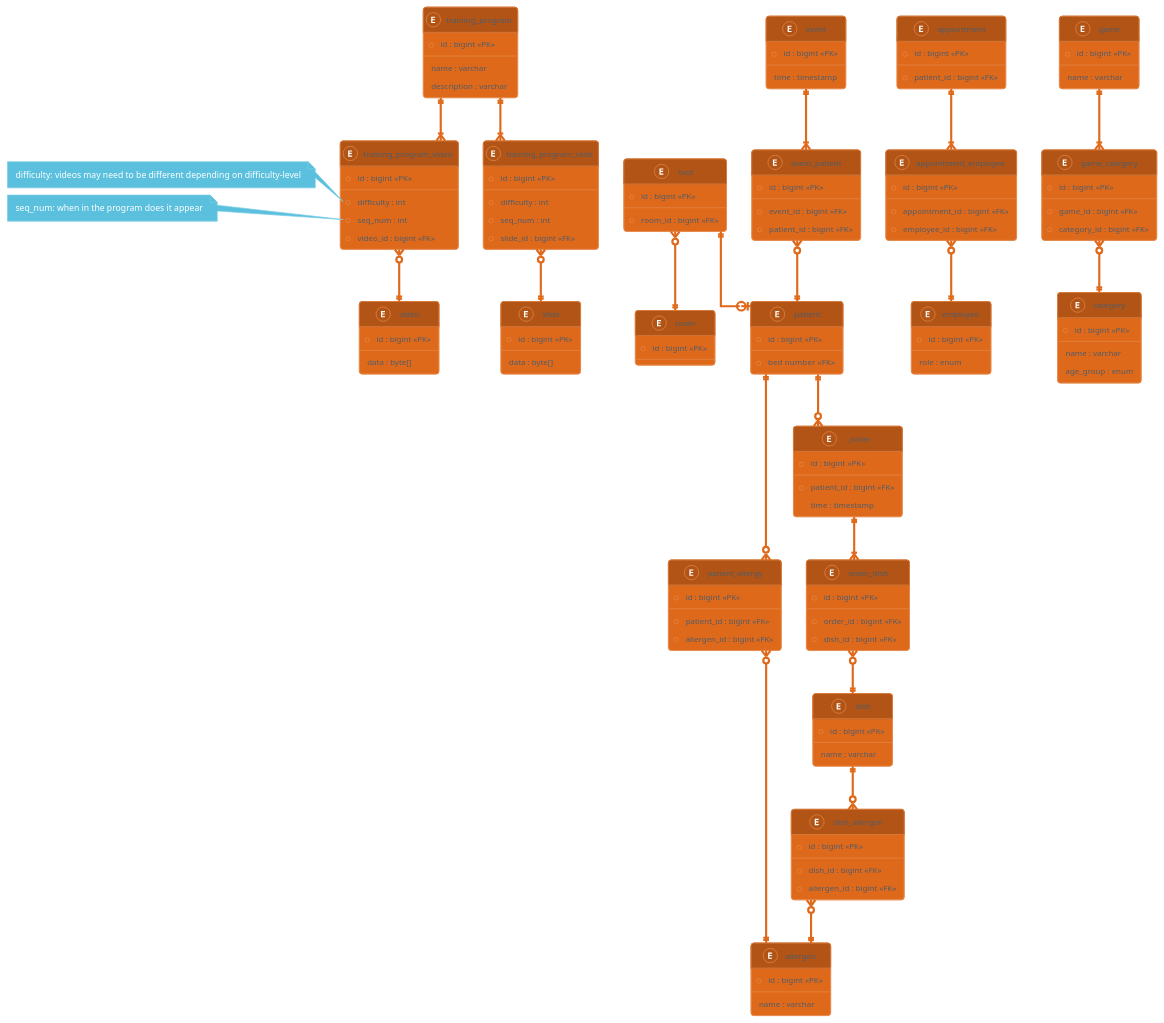
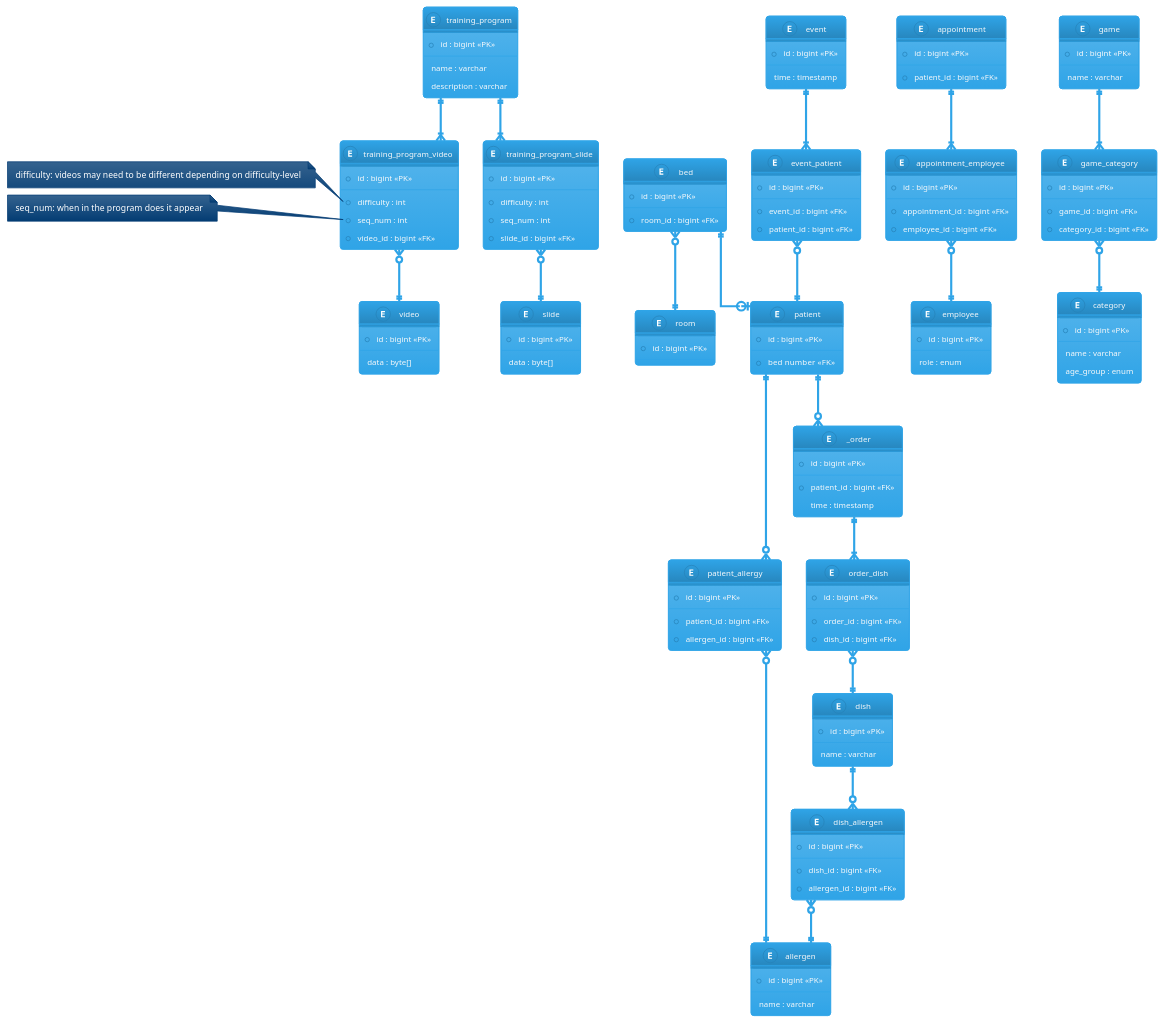
Before and after one commit to Oskar123456/SYSDAT-F25-TEAM-G: the diagram in puml/EER.puml, drawn with PlantUML. The commit also changed 3 other files, not shown here.

```diff
--- a/puml/EER.puml
+++ b/puml/EER.puml
@@ -15,194 +15,194 @@
 @startuml
-!theme superhero
+!theme cerulean
 skinparam linetype ortho
 
 entity patient {
     * id : bigint <<PK>>
     --
     * bed number  <<FK>>
 }
 
 entity patient_allergy {
     * id : bigint <<PK>>
     --
     * patient_id : bigint <<FK>>
     * allergen_id : bigint <<FK>>
 }
 
 entity appointment {
     * id : bigint <<PK>>
     --
     * patient_id : bigint <<FK>>
 }
 
 entity appointment_employee {
     * id : bigint <<PK>>
     --
     * appointment_id : bigint <<FK>>
     * employee_id : bigint <<FK>>
 }
 
 entity room {
     * id : bigint <<PK>>
     --
 }
 entity bed {
     * id : bigint <<PK>>
     --
     * room_id : bigint <<FK>>
 }
 entity employee {
     * id : bigint <<PK>>
     --
     role : enum
 }
 
 entity event {
     * id : bigint <<PK>>
     --
     time : timestamp
 }
 
 entity game {
     * id : bigint <<PK>>
     --
     name : varchar
 }
 
 entity _order {
     * id : bigint <<PK>>
     --
     * patient_id : bigint <<FK>>
     time : timestamp
 }
 
 entity order_dish {
     * id : bigint <<PK>>
     --
     * order_id : bigint <<FK>>
     * dish_id : bigint <<FK>>
 }
 
 entity dish {
     * id : bigint <<PK>>
     --
     name : varchar
 }
 
 entity dish_allergen {
     * id : bigint <<PK>>
     --
     * dish_id : bigint <<FK>>
     * allergen_id : bigint <<FK>>
 }
 
 entity allergen {
     * id : bigint <<PK>>
     --
     name : varchar
 }
 
 entity game_category {
     * id : bigint <<PK>>
     --
     * game_id : bigint <<FK>>
     * category_id : bigint <<FK>>
 }
 
 entity category {
     * id : bigint <<PK>>
     --
     name : varchar
     age_group : enum
 }
 
 entity event_patient {
     * id : bigint <<PK>>
     --
     * event_id : bigint <<FK>>
     * patient_id : bigint <<FK>>
 }
 
 entity training_program {
     * id : bigint <<PK>>
     --
     name : varchar
     description : varchar
 }
 
 entity training_program_slide {
     * id : bigint <<PK>>
     --
     * difficulty : int
     * seq_num : int
     * slide_id : bigint <<FK>>
 }
 
 entity training_program_video {
     * id : bigint <<PK>>
     --
     * difficulty : int
     * seq_num : int
     * video_id : bigint <<FK>>
 }
 
 entity slide {
     * id : bigint <<PK>>
     --
     data : byte[]
 }
 
 entity video {
     * id : bigint <<PK>>
     --
     data : byte[]
 }
 
 /' 
 
     RELATIONS
     
 '/
 
 patient ||--o{ _order
 patient ||--o{ patient_allergy
 patient_allergy }o--|| allergen
 
 _order ||--|{ order_dish
 order_dish }o--|| dish
 
 dish ||--o{ dish_allergen
 dish_allergen }o--|| allergen
 
 appointment ||--|{ appointment_employee
 appointment_employee }o--|| employee
 
 game ||--|{ game_category
 game_category }o--|| category
 
 event ||--|{ event_patient
 event_patient }o--|| patient
 
 bed }o--|| room
 bed ||--o| patient
 
 training_program ||--|{ training_program_video
 training_program_video }o--|| video
 training_program ||--|{ training_program_slide
 training_program_slide }o--|| slide
 
 /' 
 
     NOTES 
     
 '/
 
 note left of training_program_video::difficulty
     difficulty: videos may need to be different depending on difficulty-level
 end note
 
 note left of training_program_video::seq_num
     seq_num: when in the program does it appear
 end note
 
 @enduml
```
